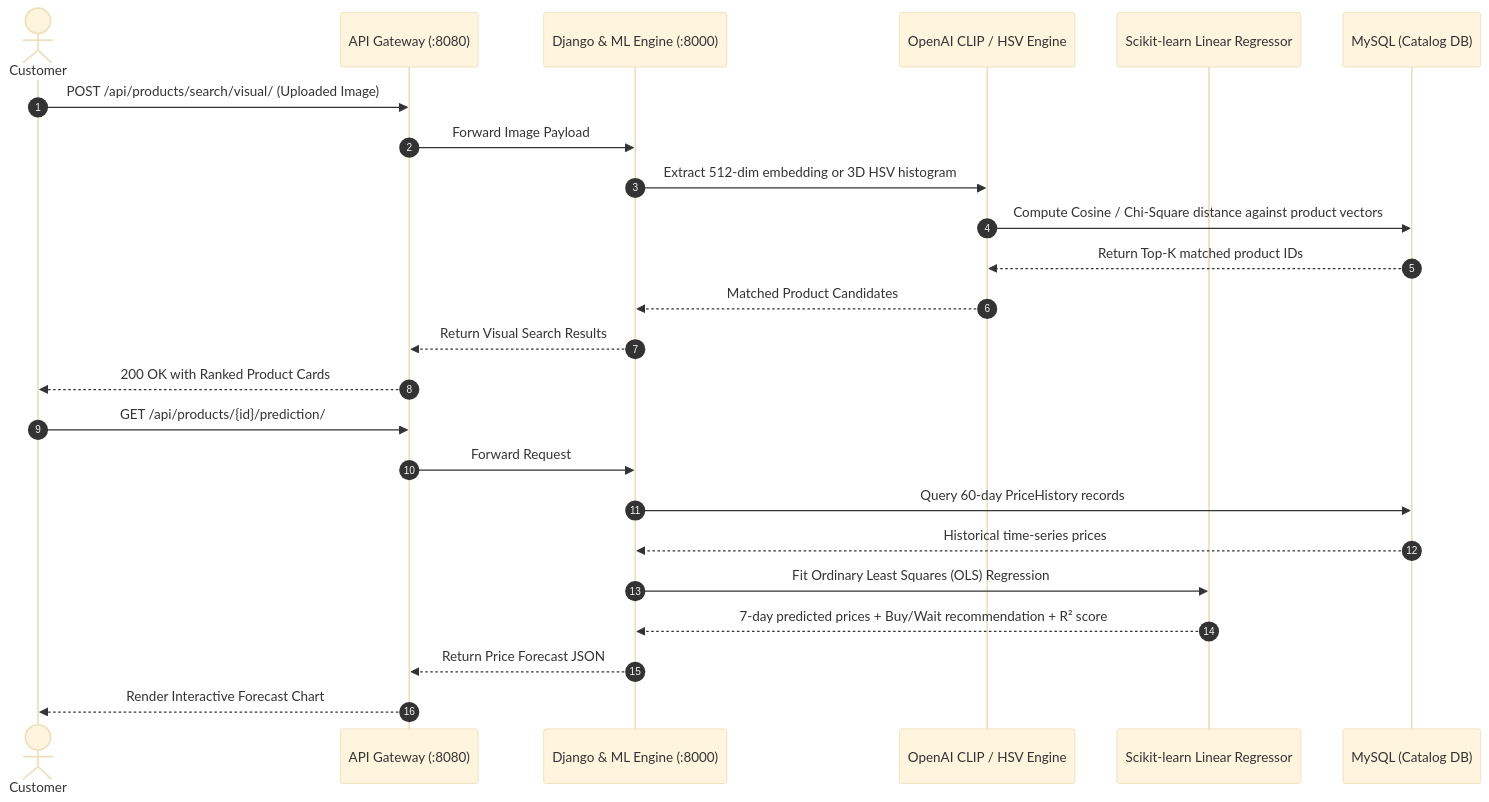
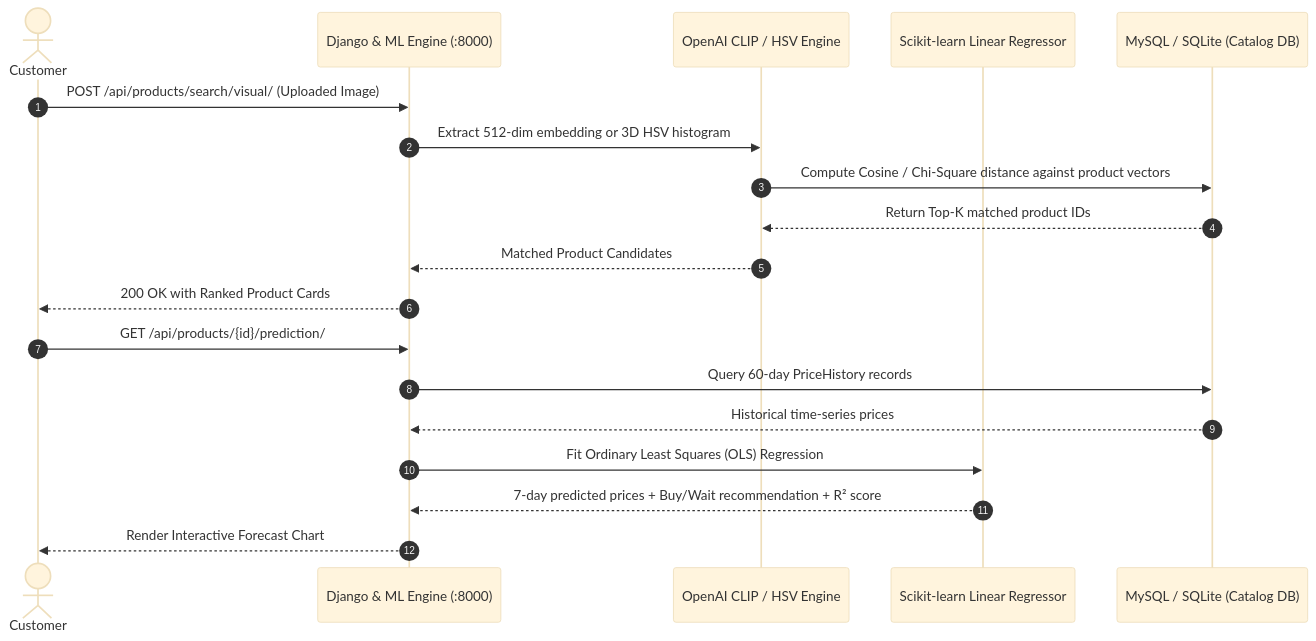
The fifth of 8 diagrams in README.md (Jinkalkershiva/EcoNext-Ai-Integrated-Ecommerce-Platform), drawn with Mermaid (base theme) before and after one commit. The commit also changed other lines of this file and 79 other files, not shown here.

````diff
--- a/README.md
+++ b/README.md
@@ -331,28 +330,23 @@
 ```mermaid
 sequenceDiagram
     autonumber
     actor User as Customer
-    participant Gateway as API Gateway (:8080)
     participant Django as Django & ML Engine (:8000)
     participant CLIP as OpenAI CLIP / HSV Engine
     participant Forecaster as Scikit-learn Linear Regressor
-    participant DB as MySQL (Catalog DB)
+    participant DB as MySQL / SQLite (Catalog DB)
 
-    User->>Gateway: POST /api/products/search/visual/ (Uploaded Image)
-    Gateway->>Django: Forward Image Payload
+    User->>Django: POST /api/products/search/visual/ (Uploaded Image)
     Django->>CLIP: Extract 512-dim embedding or 3D HSV histogram
     CLIP->>DB: Compute Cosine / Chi-Square distance against product vectors
     DB-->>CLIP: Return Top-K matched product IDs
     CLIP-->>Django: Matched Product Candidates
-    Django-->>Gateway: Return Visual Search Results
-    Gateway-->>User: 200 OK with Ranked Product Cards
+    Django-->>User: 200 OK with Ranked Product Cards
 
-    User->>Gateway: GET /api/products/{id}/prediction/
-    Gateway->>Django: Forward Request
+    User->>Django: GET /api/products/{id}/prediction/
     Django->>DB: Query 60-day PriceHistory records
     DB-->>Django: Historical time-series prices
     Django->>Forecaster: Fit Ordinary Least Squares (OLS) Regression
     Forecaster-->>Django: 7-day predicted prices + Buy/Wait recommendation + R² score
-    Django-->>Gateway: Return Price Forecast JSON
-    Gateway-->>User: Render Interactive Forecast Chart
+    Django-->>User: Render Interactive Forecast Chart
 ```
````
